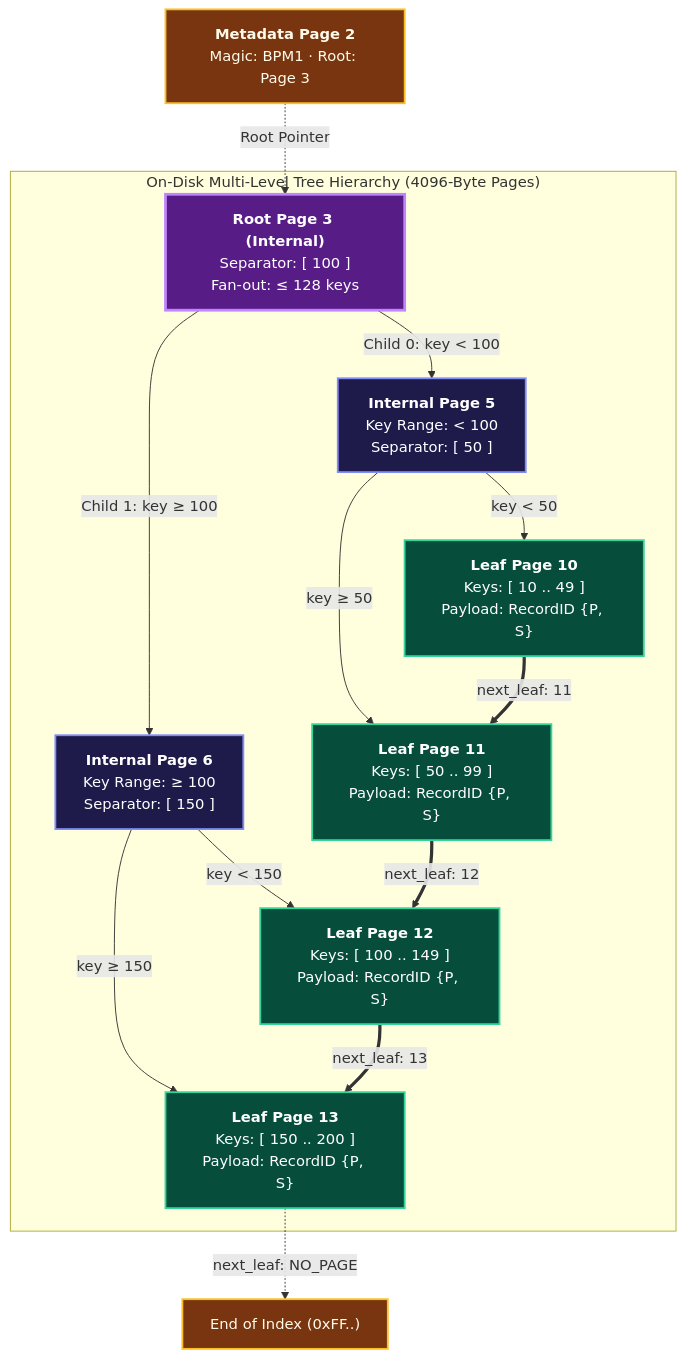
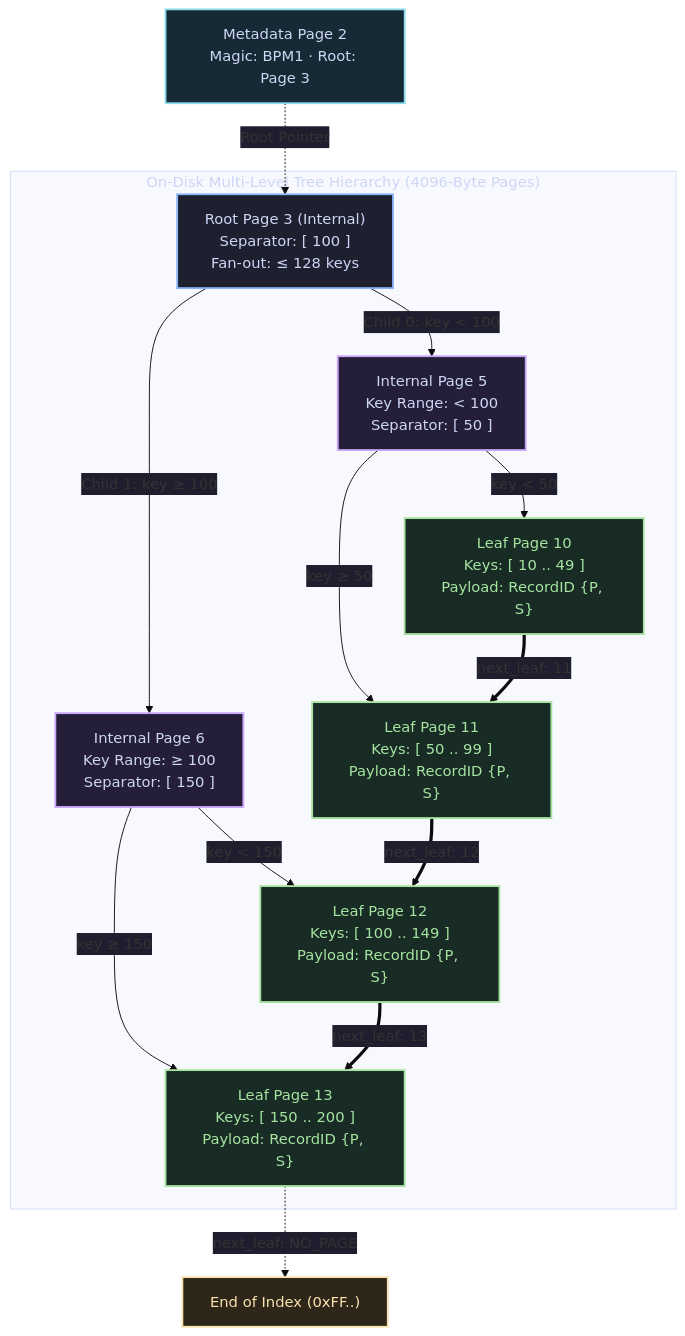
Before and after one commit to KAAZamapiloT/QUARTZ_DB: the diagram in docs/concepts/indexing.md, drawn with Mermaid. The commit also changed 18 other files, not shown here.

````diff
--- a/docs/concepts/indexing.md
+++ b/docs/concepts/indexing.md
@@ -17,37 +17,39 @@
 ```mermaid
+%%{init: {'theme': 'base', 'themeVariables': {'edgeLabelBackground': '#1e1e2e', 'tertiaryTextColor': '#cdd6f4'}}}%%
 flowchart TD
-    %% Colorful class definitions for B+ Tree components
-    classDef meta fill:#78350f,stroke:#fbbf24,stroke-width:2px,color:#fffbeb;
-    classDef rootNode fill:#581c87,stroke:#c084fc,stroke-width:3px,color:#ffffff;
-    classDef intNode fill:#1e1b4b,stroke:#818cf8,stroke-width:2px,color:#ffffff;
-    classDef leafNode fill:#064e3b,stroke:#34d399,stroke-width:2px,color:#ffffff;
+    classDef entry fill:#1e2030,stroke:#89b4fa,stroke-width:2px,color:#cdd6f4;
+    classDef guard fill:#2e2619,stroke:#f9e2af,stroke-width:2px,color:#f9e2af;
+    classDef success fill:#182c25,stroke:#a6e3a1,stroke-width:2px,color:#a6e3a1;
+    classDef error fill:#331c24,stroke:#f38ba8,stroke-width:2px,color:#f38ba8;
+    classDef disk fill:#241e38,stroke:#cba6f7,stroke-width:2px,color:#cdd6f4;
+    classDef shared fill:#162a35,stroke:#89dceb,stroke-width:2px,color:#cdd6f4;
 
-    Meta["<b>Metadata Page 2</b><br>Magic: BPM1 · Root: Page 3"]:::meta
+    Meta["Metadata Page 2<br/>Magic: BPM1 · Root: Page 3"]:::shared
     Meta -.->|Root Pointer| Root
 
     subgraph Hierarchy ["On-Disk Multi-Level Tree Hierarchy (4096-Byte Pages)"]
-        Root["<b>Root Page 3 (Internal)</b><br>Separator: [ 100 ]<br>Fan-out: &le; 128 keys"]:::rootNode
+        Root["Root Page 3 (Internal)<br/>Separator: [ 100 ]<br/>Fan-out: &le; 128 keys"]:::entry
 
-        LeftInt["<b>Internal Page 5</b><br>Key Range: &lt; 100<br>Separator: [ 50 ]"]:::intNode
-        RightInt["<b>Internal Page 6</b><br>Key Range: &ge; 100<br>Separator: [ 150 ]"]:::intNode
+        LeftInt["Internal Page 5<br/>Key Range: &lt; 100<br/>Separator: [ 50 ]"]:::disk
+        RightInt["Internal Page 6<br/>Key Range: &ge; 100<br/>Separator: [ 150 ]"]:::disk
 
         Root -->|Child 0: key &lt; 100| LeftInt
         Root -->|Child 1: key &ge; 100| RightInt
 
-        L1["<b>Leaf Page 10</b><br>Keys: [ 10 .. 49 ]<br>Payload: RecordID {P, S}"]:::leafNode
-        L2["<b>Leaf Page 11</b><br>Keys: [ 50 .. 99 ]<br>Payload: RecordID {P, S}"]:::leafNode
-        L3["<b>Leaf Page 12</b><br>Keys: [ 100 .. 149 ]<br>Payload: RecordID {P, S}"]:::leafNode
-        L4["<b>Leaf Page 13</b><br>Keys: [ 150 .. 200 ]<br>Payload: RecordID {P, S}"]:::leafNode
+        L1["Leaf Page 10<br/>Keys: [ 10 .. 49 ]<br/>Payload: RecordID {P, S}"]:::success
+        L2["Leaf Page 11<br/>Keys: [ 50 .. 99 ]<br/>Payload: RecordID {P, S}"]:::success
+        L3["Leaf Page 12<br/>Keys: [ 100 .. 149 ]<br/>Payload: RecordID {P, S}"]:::success
+        L4["Leaf Page 13<br/>Keys: [ 150 .. 200 ]<br/>Payload: RecordID {P, S}"]:::success
 
         LeftInt -->|key &lt; 50| L1
         LeftInt -->|key &ge; 50| L2
         RightInt -->|key &lt; 150| L3
         RightInt -->|key &ge; 150| L4
     end
 
     %% Singly-Linked Horizontal Leaf Chain
     L1 ==>|next_leaf: 11| L2
     L2 ==>|next_leaf: 12| L3
     L3 ==>|next_leaf: 13| L4
-    L4 -.->|next_leaf: NO_PAGE| Term["End of Index (0xFF..)"]:::meta
+    L4 -.->|next_leaf: NO_PAGE| Term["End of Index (0xFF..)"]:::guard
 ```
````
